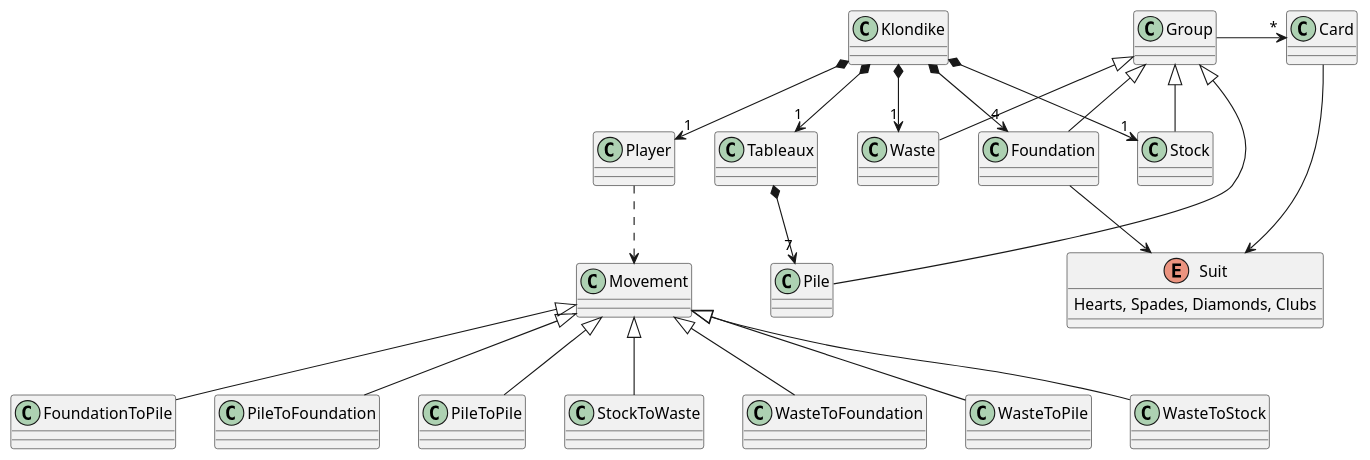
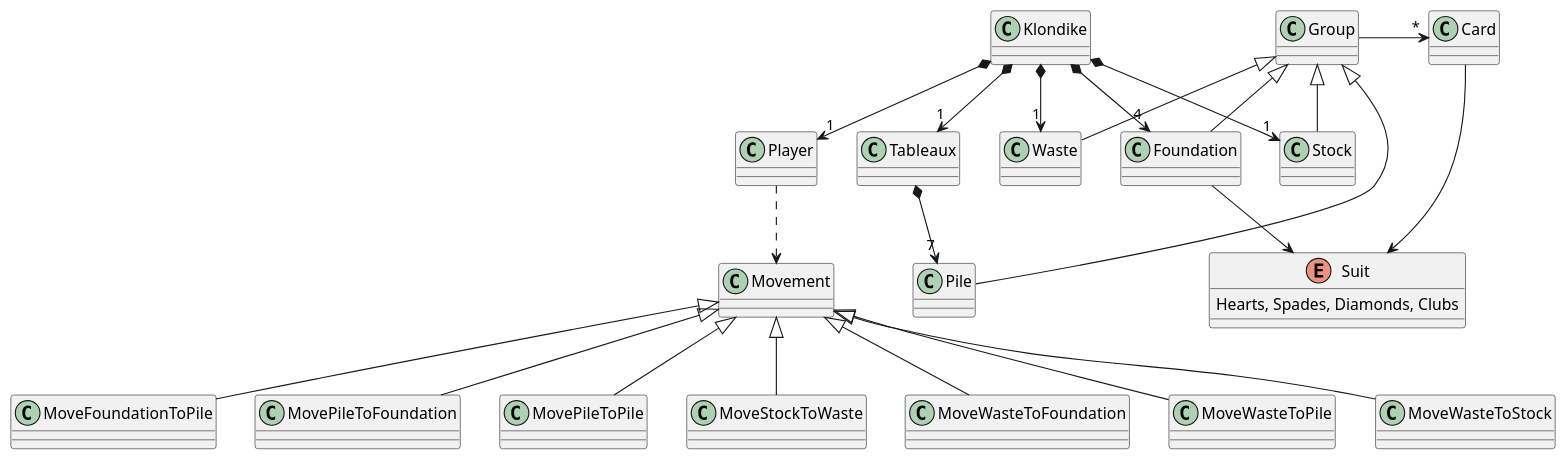
Before and after one commit to ciscoruiz/klondike: the diagram in domainModel/entities.puml, drawn with PlantUML. The commit also changed 8 other files, not shown here.

```diff
--- a/domainModel/entities.puml
+++ b/domainModel/entities.puml
@@ -1,35 +1,35 @@
 @startuml DomainModel
 
 enum Suit {
  Hearts, Spades, Diamonds, Clubs
 }
 
 Card --> Suit
 
 Group -> "*" Card
 Group <|-down- Pile
 Group <|-down- Stock
 Group <|-down- Waste
 Group <|-down- Foundation
 
 
 Tableaux *-down-> "7" Pile
 Klondike *-down-> "1" Stock
 Klondike *-down-> "1" Waste
 Klondike *-down-> "1" Tableaux
 Klondike *-down-> "4" Foundation
 Klondike *-down-> "1" Player
 
 Foundation --> Suit
 
 Player..>Movement
 
-Movement <|-- FoundationToPile
-Movement <|-- PileToFoundation
-Movement <|-- PileToPile
-Movement <|-- StockToWaste
-Movement <|-- WasteToFoundation
-Movement <|-- WasteToPile
-Movement <|-- WasteToStock
+Movement <|-- MoveFoundationToPile
+Movement <|-- MovePileToFoundation
+Movement <|-- MovePileToPile
+Movement <|-- MoveStockToWaste
+Movement <|-- MoveWasteToFoundation
+Movement <|-- MoveWasteToPile
+Movement <|-- MoveWasteToStock
 
 @enduml
```
